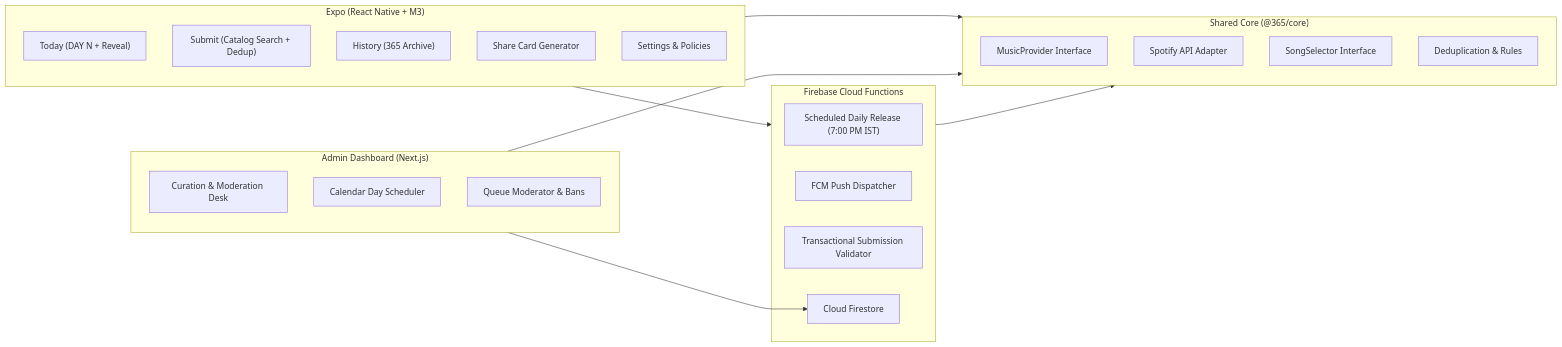
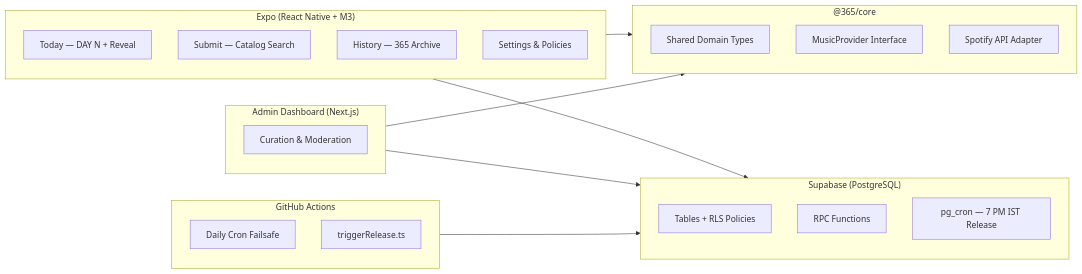
Before and after one commit to ReturnKartikey/365: the diagram in README.md, drawn with Mermaid. The commit also changed other lines of this file and 79 other files, not shown here.

First line of the commit message:
feat: Supabase backend, automated daily release, offline-first storage, Android native build

````diff
--- a/README.md
+++ b/README.md
@@ -9,36 +9,36 @@
 ```mermaid
 flowchart LR
     subgraph Mobile ["Expo (React Native + M3)"]
-        TodayScreen["Today (DAY N + Reveal)"]
-        SubmitScreen["Submit (Catalog Search + Dedup)"]
-        HistoryScreen["History (365 Archive)"]
-        ShareScreen["Share Card Generator"]
+        TodayScreen["Today — DAY N + Reveal"]
+        SubmitScreen["Submit — Catalog Search"]
+        HistoryScreen["History — 365 Archive"]
         SettingsScreen["Settings & Policies"]
     end
 
-    subgraph Core ["Shared Core (@365/core)"]
+    subgraph Core ["@365/core"]
+        Types["Shared Domain Types"]
         MusicProvider["MusicProvider Interface"]
         SpotifyAdapter["Spotify API Adapter"]
-        SongSelector["SongSelector Interface"]
-        RulesEngine["Deduplication & Rules"]
     end
 
-    subgraph Backend ["Firebase Cloud Functions"]
-        DailyRelease["Scheduled Daily Release (7:00 PM IST)"]
-        PushSender["FCM Push Dispatcher"]
-        SubmitTrig["Transactional Submission Validator"]
-        Firestore["Cloud Firestore"]
+    subgraph Backend ["Supabase (PostgreSQL)"]
+        DB["Tables + RLS Policies"]
+        RPC["RPC Functions"]
+        PgCron["pg_cron — 7 PM IST Release"]
+    end
+
+    subgraph CI ["GitHub Actions"]
+        CronJob["Daily Cron Failsafe"]
+        CLI["triggerRelease.ts"]
     end
 
     subgraph Admin ["Admin Dashboard (Next.js)"]
-        Desk["Curation & Moderation Desk"]
-        CalendarScheduler["Calendar Day Scheduler"]
-        QueueMod["Queue Moderator & Bans"]
+        Desk["Curation & Moderation"]
     end
 
     Mobile --> Core
     Admin --> Core
-    Backend --> Core
     Mobile --> Backend
-    Admin --> Firestore
+    Admin --> Backend
+    CI --> Backend
 ```
````
